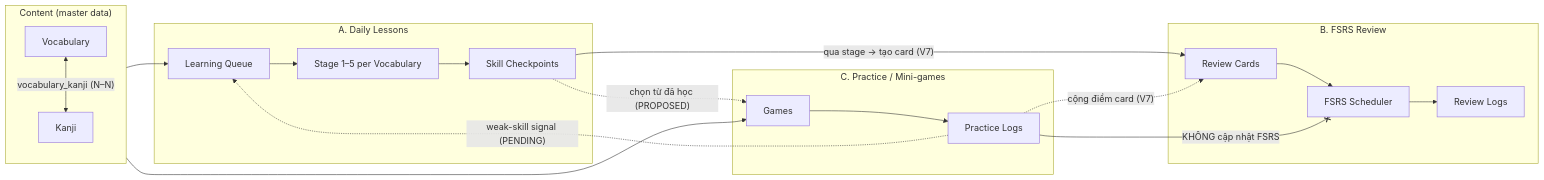
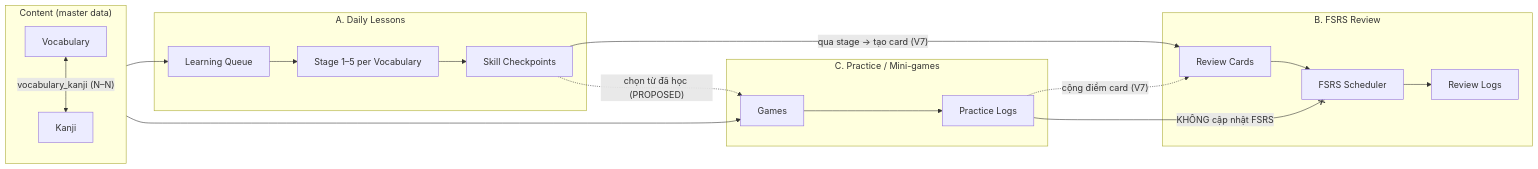
Before and after one commit to Pabh3725/japanese-learning-app: the first of 6 diagrams in docs/PROJECT_SPEC.md, drawn with Mermaid. The commit also changed other lines of this file and 34 other files, not shown here.

````diff
--- a/docs/PROJECT_SPEC.md
+++ b/docs/PROJECT_SPEC.md
@@ -245,36 +245,35 @@
 ```mermaid
 flowchart LR
     subgraph Content["Content (master data)"]
         V[Vocabulary]
         K[Kanji]
         V <-- "vocabulary_kanji (N–N)" --> K
     end
 
     subgraph DL["A. Daily Lessons"]
         LQ[Learning Queue]
         ST[Stage 1–5 per Vocabulary]
         CP[Skill Checkpoints]
         LQ --> ST --> CP
     end
 
     subgraph RV["B. FSRS Review"]
         RC[Review Cards]
         FS[FSRS Scheduler]
         RL[Review Logs]
         RC --> FS --> RL
     end
 
     subgraph PR["C. Practice / Mini-games"]
         G[Games]
         PL[Practice Logs]
         G --> PL
     end
 
     Content --> LQ
     CP -- "qua stage → tạo card (V7)" --> RC
     Content --> G
     CP -. "chọn từ đã học (PROPOSED)" .-> G
-    PL -. "weak-skill signal (PENDING)" .-> LQ
     PL -. "cộng điểm card (V7)" .-> RC
     PL -- "KHÔNG cập nhật FSRS" --x FS
 ```
````
